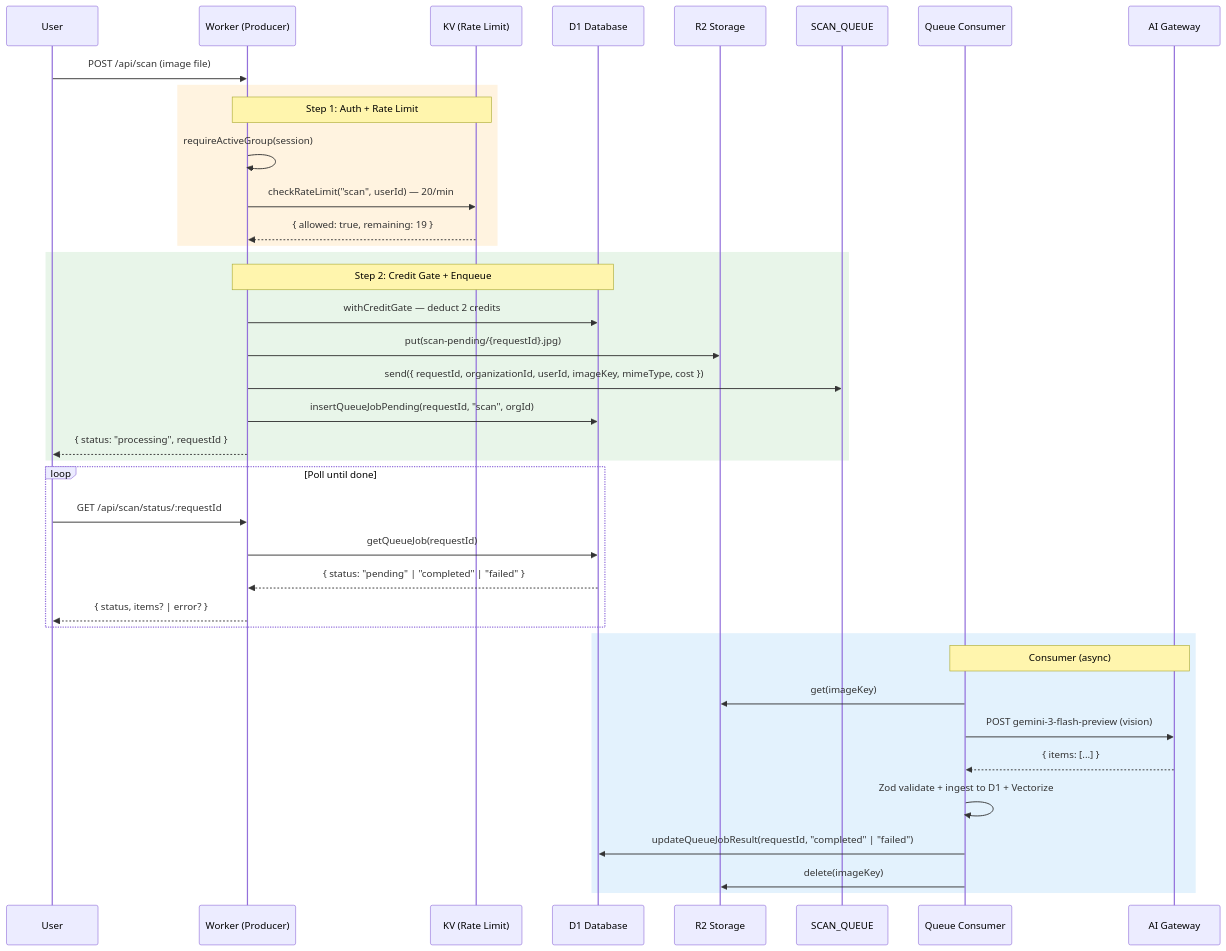
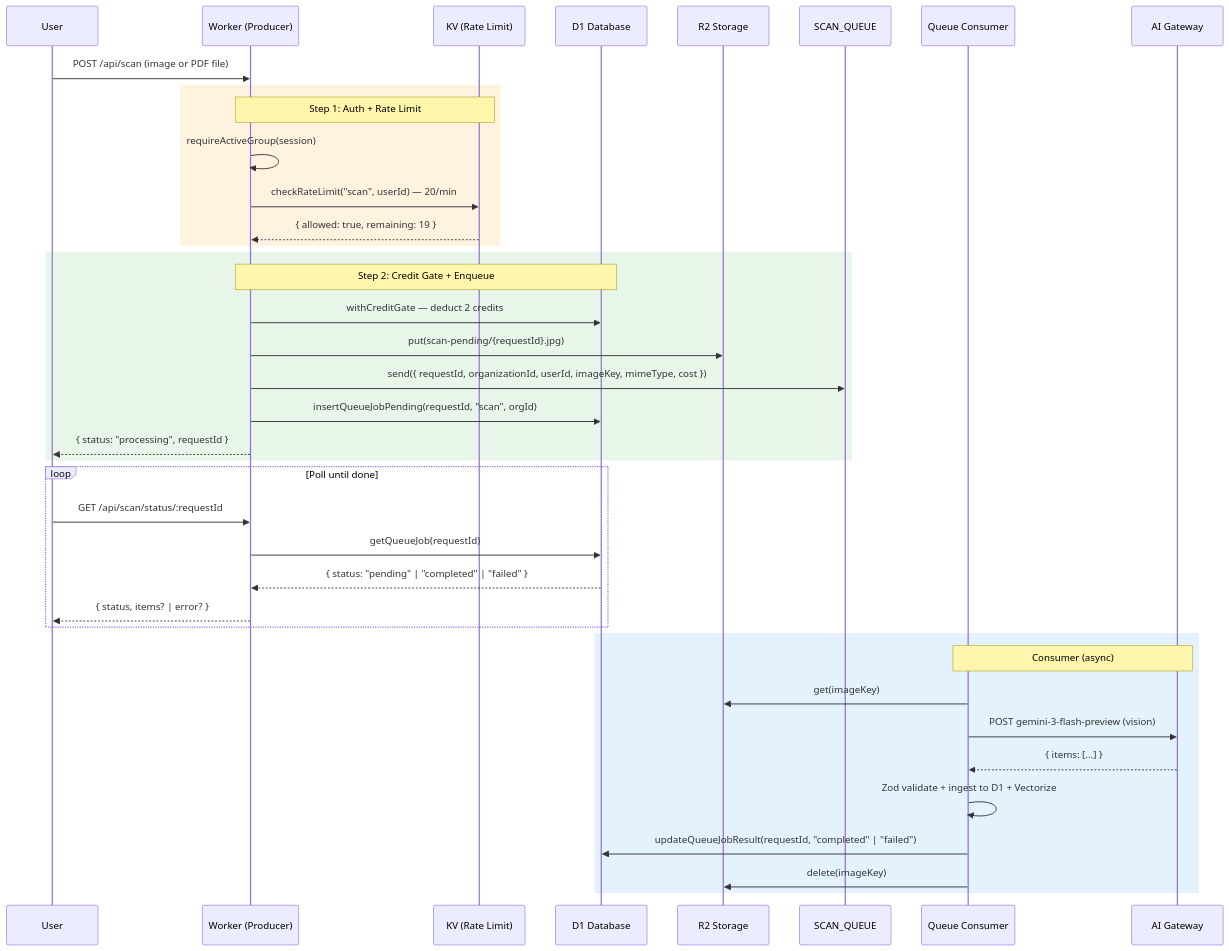
Before and after one commit to bjamesdowning/ration-mirror: the sixth of 21 diagrams in README.md, drawn with Mermaid. The commit also changed other lines of this file and 6 other files, not shown here.

First line of the commit message:
feat: support PDF receipt uploads in scan flow [v1.1.10]

````diff
--- a/README.md
+++ b/README.md
@@ -240,46 +240,46 @@
 ```mermaid
 sequenceDiagram
     participant User as User
     participant Worker as Worker (Producer)
     participant KV as KV (Rate Limit)
     participant D1 as D1 Database
     participant R2 as R2 Storage
     participant Queue as SCAN_QUEUE
     participant Consumer as Queue Consumer
     participant AIGateway as AI Gateway
 
-    User->>Worker: POST /api/scan (image file)
+    User->>Worker: POST /api/scan (image or PDF file)
 
     rect rgb(255, 243, 224)
         Note over Worker,KV: Step 1: Auth + Rate Limit
         Worker->>Worker: requireActiveGroup(session)
         Worker->>KV: checkRateLimit("scan", userId) — 20/min
         KV-->>Worker: { allowed: true, remaining: 19 }
     end
 
     rect rgb(232, 245, 233)
         Note over Worker,D1: Step 2: Credit Gate + Enqueue
         Worker->>D1: withCreditGate — deduct 2 credits
         Worker->>R2: put(scan-pending/{requestId}.jpg)
         Worker->>Queue: send({ requestId, organizationId, userId, imageKey, mimeType, cost })
         Worker->>D1: insertQueueJobPending(requestId, "scan", orgId)
         Worker-->>User: { status: "processing", requestId }
     end
 
     loop Poll until done
         User->>Worker: GET /api/scan/status/:requestId
         Worker->>D1: getQueueJob(requestId)
         D1-->>Worker: { status: "pending" | "completed" | "failed" }
         Worker-->>User: { status, items? | error? }
     end
 
     rect rgb(227, 242, 253)
         Note over Consumer,AIGateway: Consumer (async)
         Consumer->>R2: get(imageKey)
         Consumer->>AIGateway: POST gemini-3-flash-preview (vision)
         AIGateway-->>Consumer: { items: [...] }
         Consumer->>Consumer: Zod validate + ingest to D1 + Vectorize
         Consumer->>D1: updateQueueJobResult(requestId, "completed" | "failed")
         Consumer->>R2: delete(imageKey)
     end
 ```
````
